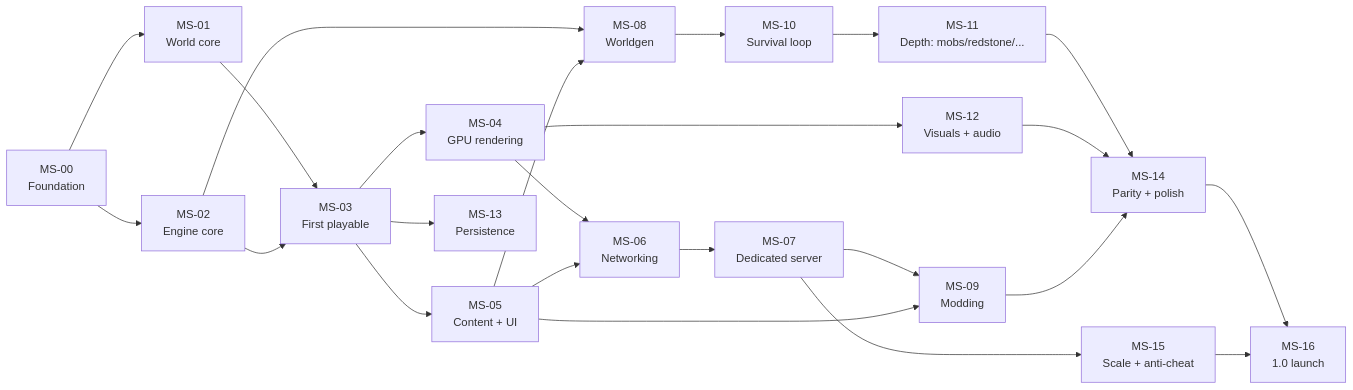
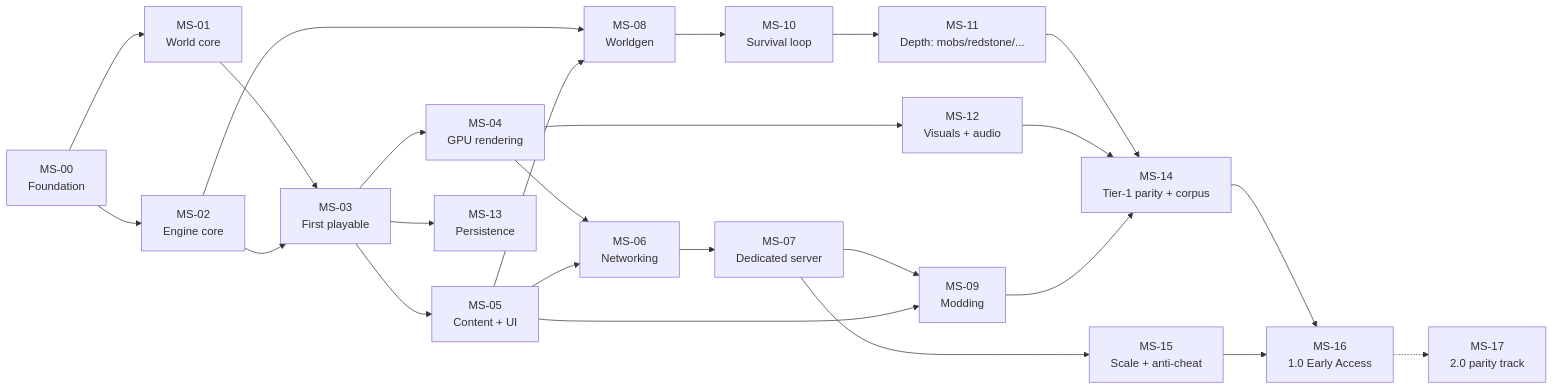
One commit to martintondel02/openblock changed the diagram in docs/plan/00-roadmap.md. Above: the diagram before and after it, drawn with Mermaid. The commit also changed other lines of this file and 57 other files, not shown here.

First line of the commit message:
docs: apply review-board fixes; re-baseline plan into 1.0 Early Access + 2.0 parity tracks

````diff
--- a/docs/plan/00-roadmap.md
+++ b/docs/plan/00-roadmap.md
@@ -21,26 +21,27 @@
 ```mermaid
 graph LR
   M00[MS-00<br/>Foundation] --> M01[MS-01<br/>World core]
   M00 --> M02[MS-02<br/>Engine core]
   M01 --> M03[MS-03<br/>First playable]
   M02 --> M03
   M03 --> M04[MS-04<br/>GPU rendering]
   M03 --> M05[MS-05<br/>Content + UI]
   M03 --> M13[MS-13<br/>Persistence]
   M04 --> M06[MS-06<br/>Networking]
   M05 --> M06
   M06 --> M07[MS-07<br/>Dedicated server]
   M02 --> M08[MS-08<br/>Worldgen]
   M05 --> M08
   M07 --> M09[MS-09<br/>Modding]
   M05 --> M09
   M08 --> M10[MS-10<br/>Survival loop]
   M10 --> M11[MS-11<br/>Depth: mobs/redstone/...]
   M04 --> M12[MS-12<br/>Visuals + audio]
-  M11 --> M14[MS-14<br/>Parity + polish]
+  M11 --> M14[MS-14<br/>Tier-1 parity + corpus]
   M12 --> M14
   M09 --> M14
   M07 --> M15[MS-15<br/>Scale + anti-cheat]
-  M14 --> M16[MS-16<br/>1.0 launch]
+  M14 --> M16[MS-16<br/>1.0 Early Access]
   M15 --> M16
+  M16 -.-> M17[MS-17<br/>2.0 parity track]
 ```
````
